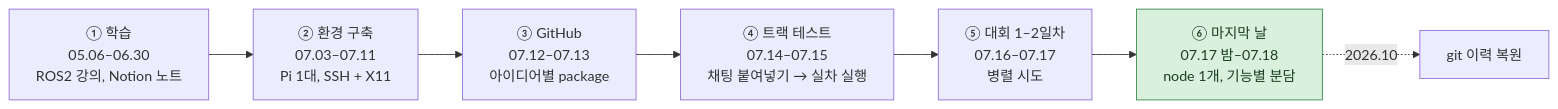
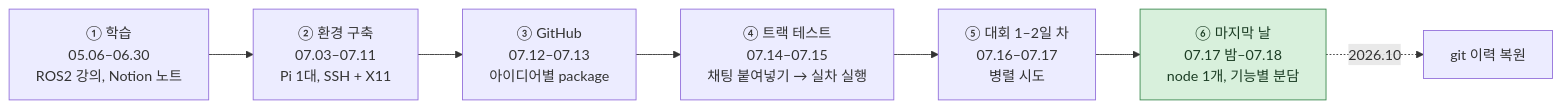
One commit to ChaeYeonKim0204/seame-2025 changed the first of 2 diagrams in docs/repository_ko.md. Above: the diagram before and after it, drawn with Mermaid. The commit also changed other lines of this file and 1 other file, not shown here.

Commit message:
Fix Korean spelling and spacing in docs
Proofread with Codex; chat quotes kept verbatim.

````diff
--- a/docs/repository_ko.md
+++ b/docs/repository_ko.md
@@ -44,12 +44,12 @@
 ```mermaid
 flowchart LR
     A["① 학습<br/>05.06–06.30<br/>ROS2 강의, Notion 노트"] --> B["② 환경 구축<br/>07.03–07.11<br/>Pi 1대, SSH + X11"]
     B --> C["③ GitHub<br/>07.12–07.13<br/>아이디어별 package"]
     C --> D["④ 트랙 테스트<br/>07.14–07.15<br/>채팅 붙여넣기 → 실차 실행"]
-    D --> E["⑤ 대회 1–2일차<br/>07.16–07.17<br/>병렬 시도"]
+    D --> E["⑤ 대회 1–2일 차<br/>07.16–07.17<br/>병렬 시도"]
     E --> F["⑥ 마지막 날<br/>07.17 밤–07.18<br/>node 1개, 기능별 분담"]
     F -.->|2026.10| G["git 이력 복원"]
 
     classDef final fill:#d8f0dc,stroke:#3c8a4f,color:#1b3d24;
     class F final;
 ```
````
